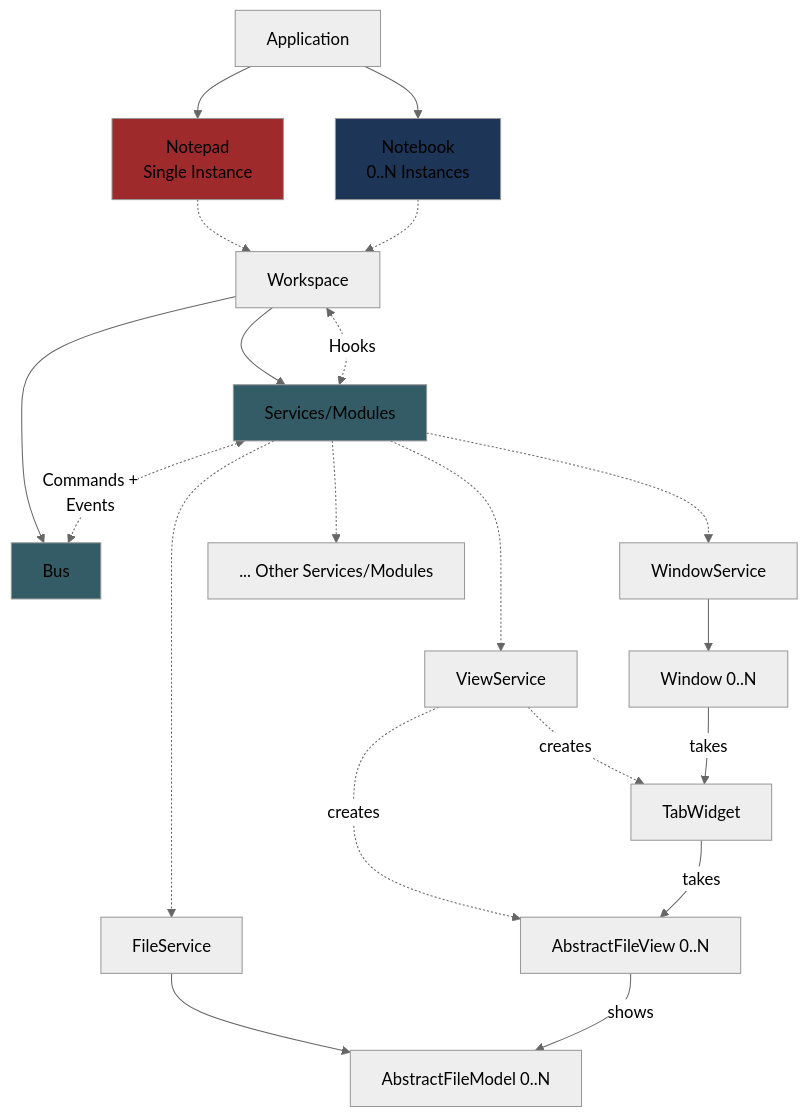
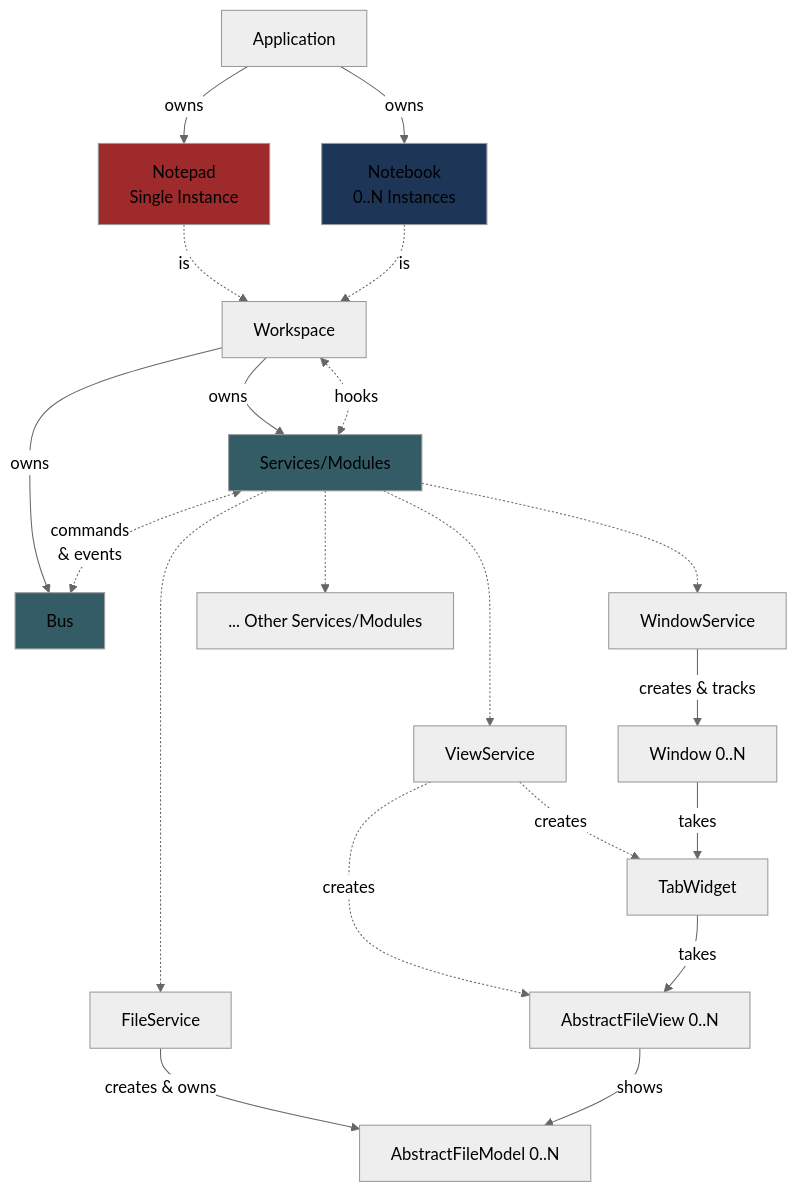
The first of 4 diagrams in Fernanda/docs/Architecture.md (fairybow/Fernanda), drawn with Mermaid (neutral theme) before and after one commit. The commit also changed 1 other file, not shown here.

Commit message:
Clarifying architecture diagram

````diff
--- a/Fernanda/docs/Architecture.md
+++ b/Fernanda/docs/Architecture.md
@@ -244,36 +244,36 @@
 ```mermaid
 flowchart TD
     App[Application]
-    App --> Notepad[Notepad<br/>Single Instance]
-    App --> Notebooks[Notebook<br/>0..N Instances]
+    App -->|owns| Notepad[Notepad<br/>Single Instance]
+    App -->|owns| Notebooks[Notebook<br/>0..N Instances]
 
-    Notepad -.-> Workspace[Workspace]
-    Notebooks -.-> Workspace
+    Notepad -.->|is| Workspace[Workspace]
+    Notebooks -.->|is| Workspace
 
-    Workspace --> Bus[Bus]
-    Workspace --> Services[Services/Modules]
+    Workspace -->|owns| Bus[Bus]
+    Workspace -->|owns| Services[Services/Modules]
 
-    Workspace <-.-> |Hooks| Services
-    Services <-.->|Commands +<br/>Events| Bus
+    Workspace <-.->|hooks| Services
+    Services <-.->|commands<br/>& events| Bus
 
     Services -.-> WindowService[WindowService]
     Services -.-> ViewService[ViewService]
     Services -.-> FileService[FileService]
     Services -.-> MiscServices[... Other Services/Modules]
 
-    WindowService --> Windows[Window 0..N]
+    WindowService -->|creates & tracks| Windows[Window 0..N]
     ViewService -.->|creates| TabWidget[TabWidget]
     Windows -->|takes| TabWidget
 
     ViewService -.->|creates| AbstractFileViews[AbstractFileView 0..N]
     TabWidget -->|takes| AbstractFileViews
 
-    FileService --> AbstractFileModels[AbstractFileModel 0..N]
+    FileService -->|creates & owns| AbstractFileModels[AbstractFileModel 0..N]
 
     AbstractFileViews -->|shows| AbstractFileModels
 
     style Bus fill:#335c67
     style Services fill:#335c67
     style Notepad fill:#9e2a2b
     style Notebooks fill:#1d3557
 ```
````
